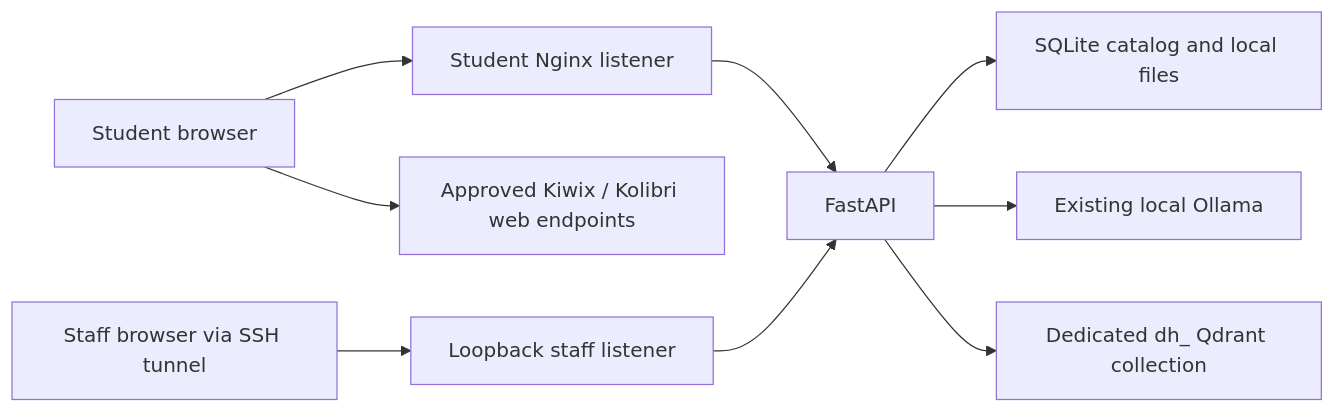
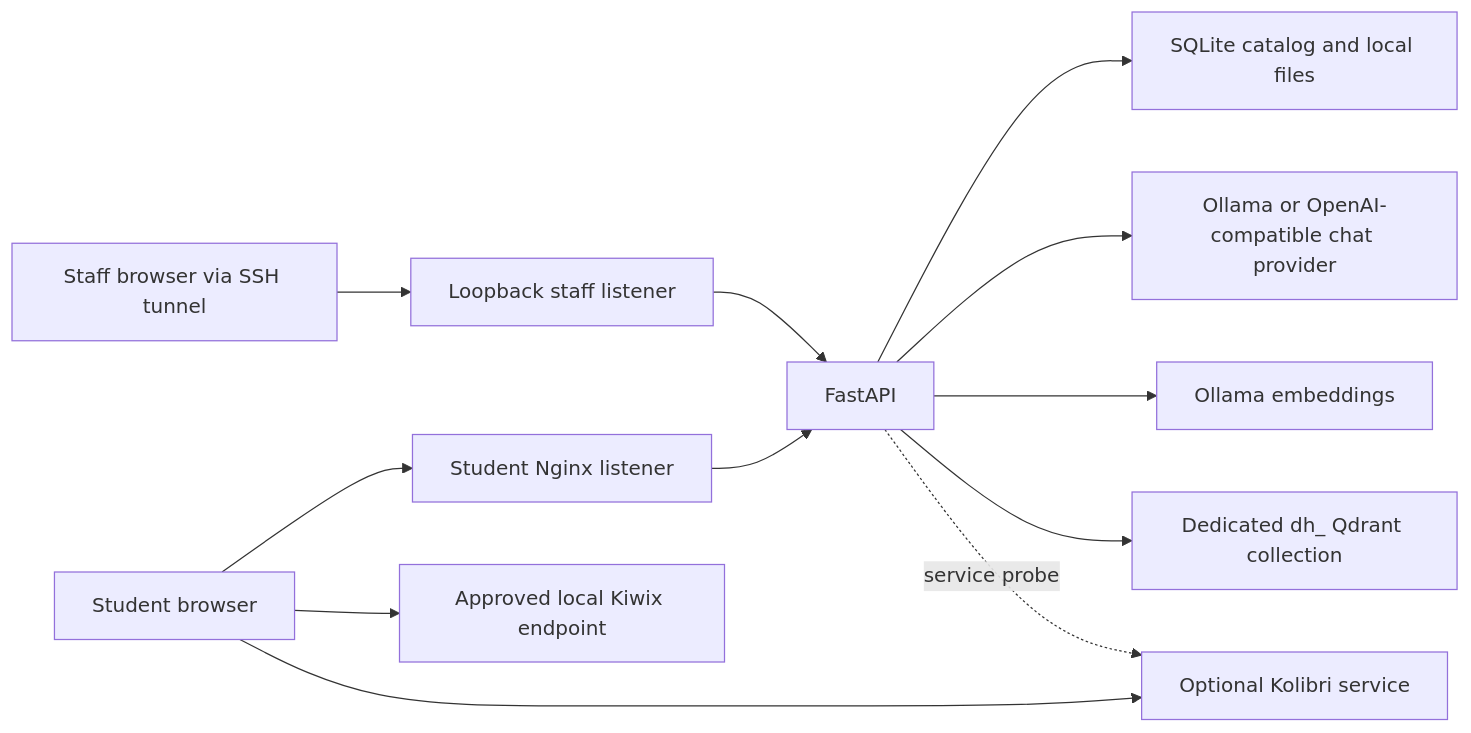
One commit to apil-khadka/LocalLearning changed the diagram in docs/ARCHITECTURE.md. Above: the diagram before and after it, drawn with Mermaid. The commit also changed other lines of this file and 34 other files, not shown here.

````diff
--- a/docs/ARCHITECTURE.md
+++ b/docs/ARCHITECTURE.md
@@ -7,11 +9,14 @@
 ```mermaid
 flowchart LR
     Student[Student browser] --> Portal[Student Nginx listener]
     Portal --> API[FastAPI]
     Staff[Staff browser via SSH tunnel] --> StaffPortal[Loopback staff listener]
     StaffPortal --> API
     API --> Catalog[SQLite catalog and local files]
-    API --> Ollama[Existing local Ollama]
+    API --> Chat[Ollama or OpenAI-compatible chat provider]
+    API --> Ollama[Ollama embeddings]
     API --> Qdrant[Dedicated dh_ Qdrant collection]
-    Student --> Content[Approved Kiwix / Kolibri web endpoints]
+    Student --> Kiwix[Approved local Kiwix endpoint]
+    Student --> Kolibri[Optional Kolibri service]
+    API -. service probe .-> Kolibri
 ```
````
